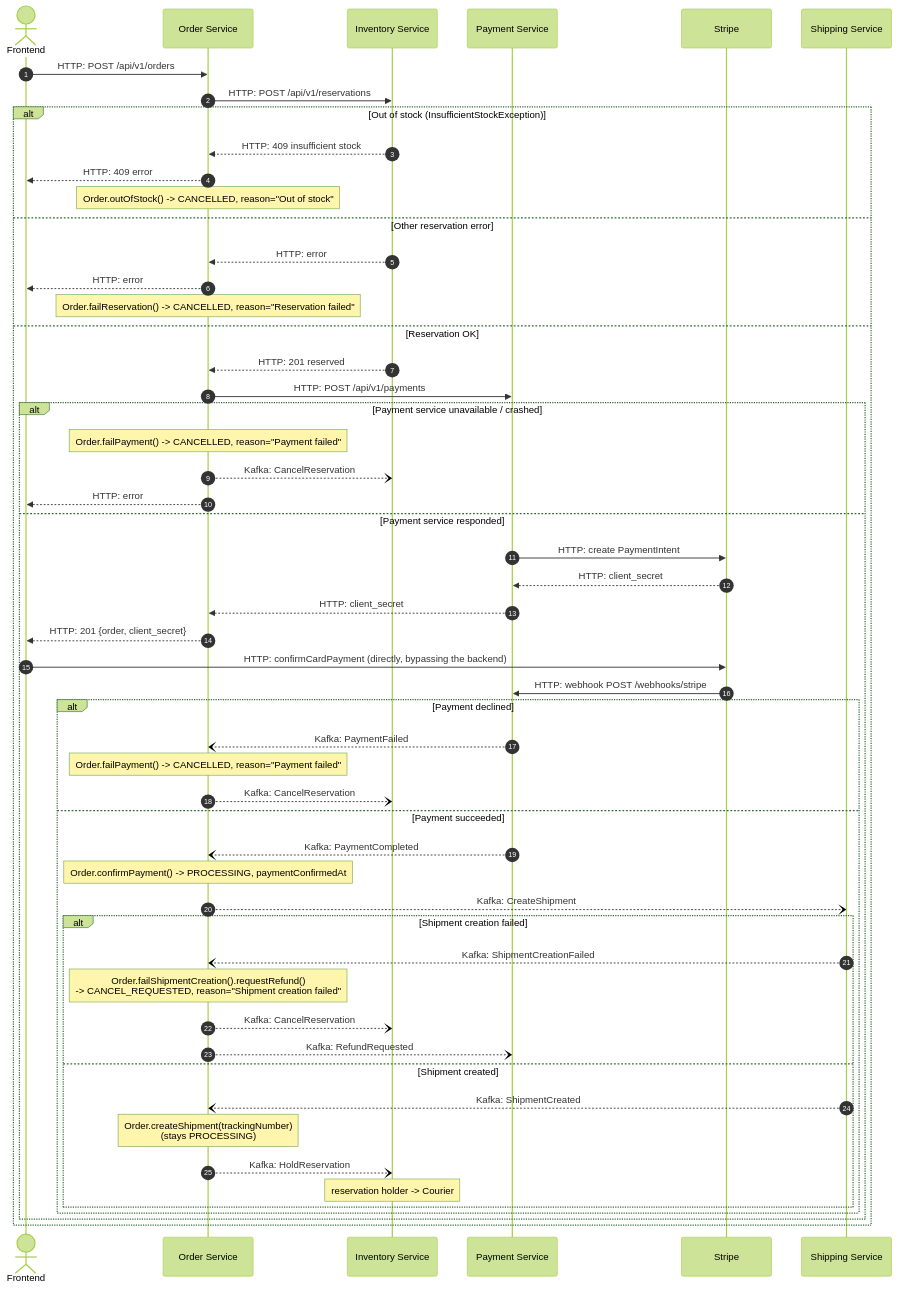
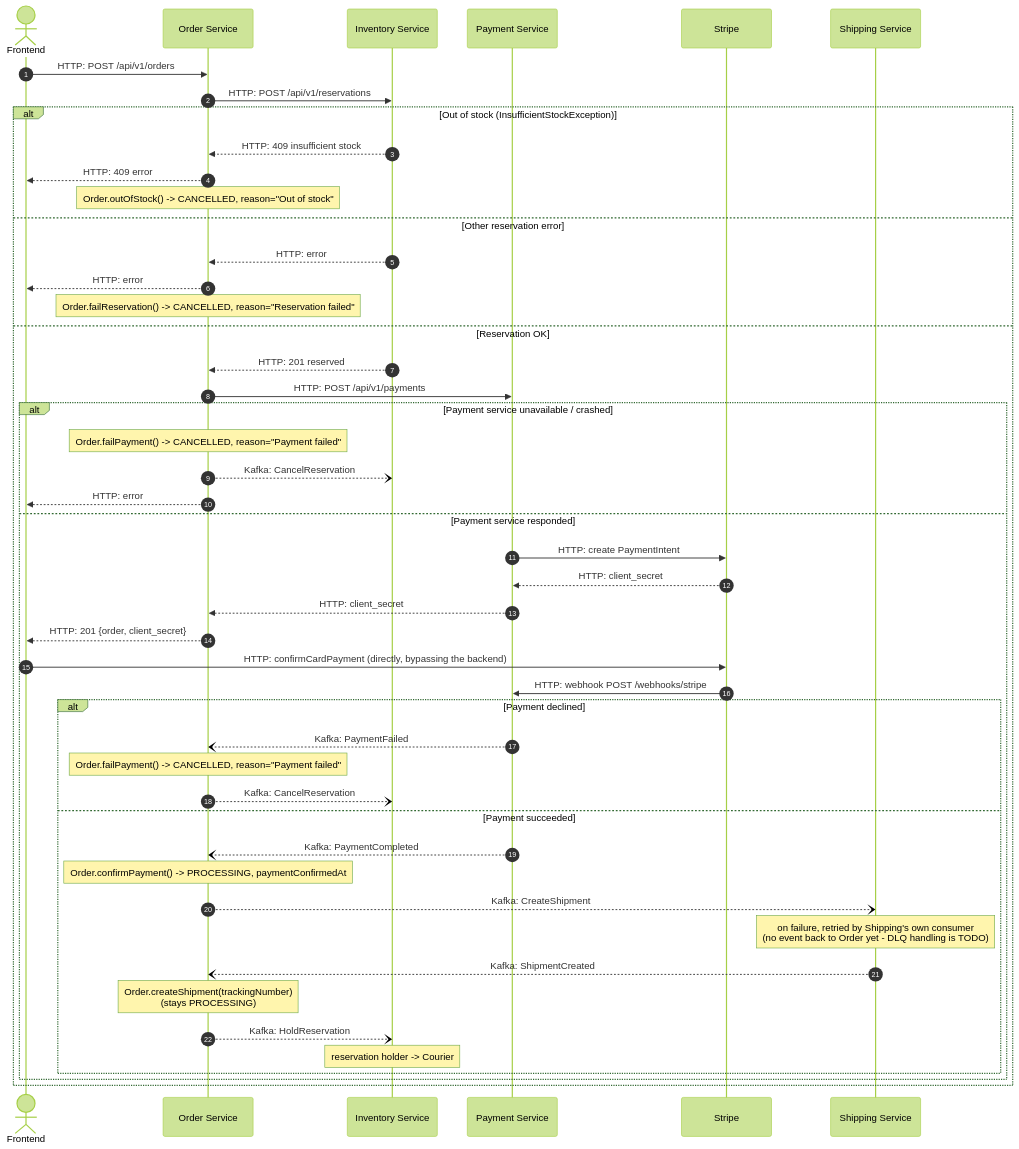
One commit to ihorhartmann/E-commerce-App changed the third of 4 diagrams in docs/order_saga.md. Above: the diagram before and after it, drawn with Mermaid (forest theme). The commit also changed other lines of this file and 18 other files, not shown here.

Commit message:
IHO-61 Event ShippmentCreationFailed was removed

````diff
--- a/docs/order_saga.md
+++ b/docs/order_saga.md
@@ -65,62 +65,56 @@
 ```mermaid
 sequenceDiagram
     autonumber
     actor U as Frontend
     participant O as Order Service
     participant I as Inventory Service
     participant P as Payment Service
     participant S as Stripe
     participant Sh as Shipping Service
 
     U->>O: HTTP: POST /api/v1/orders
     O->>I: HTTP: POST /api/v1/reservations
 
     alt Out of stock (InsufficientStockException)
         I-->>O: HTTP: 409 insufficient stock
         O-->>U: HTTP: 409 error
         Note over O: Order.outOfStock() -> CANCELLED, reason="Out of stock"
     else Other reservation error
         I-->>O: HTTP: error
         O-->>U: HTTP: error
         Note over O: Order.failReservation() -> CANCELLED, reason="Reservation failed"
     else Reservation OK
         I-->>O: HTTP: 201 reserved
         O->>P: HTTP: POST /api/v1/payments
 
         alt Payment service unavailable / crashed
             Note over O: Order.failPayment() -> CANCELLED, reason="Payment failed"
             O--)I: Kafka: CancelReservation
             O-->>U: HTTP: error
         else Payment service responded
             P->>S: HTTP: create PaymentIntent
             S-->>P: HTTP: client_secret
             P-->>O: HTTP: client_secret
             O-->>U: HTTP: 201 {order, client_secret}
 
             U->>S: HTTP: confirmCardPayment (directly, bypassing the backend)
             S->>P: HTTP: webhook POST /webhooks/stripe
 
             alt Payment declined
                 P--)O: Kafka: PaymentFailed
                 Note over O: Order.failPayment() -> CANCELLED, reason="Payment failed"
                 O--)I: Kafka: CancelReservation
             else Payment succeeded
                 P--)O: Kafka: PaymentCompleted
                 Note over O: Order.confirmPayment() -> PROCESSING, paymentConfirmedAt
                 O--)Sh: Kafka: CreateShipment
+                Note over Sh: on failure, retried by Shipping's own consumer<br/>(no event back to Order yet - DLQ handling is TODO)
 
-                alt Shipment creation failed
-                    Sh--)O: Kafka: ShipmentCreationFailed
-                    Note over O: Order.failShipmentCreation().requestRefund()<br/>-> CANCEL_REQUESTED, reason="Shipment creation failed"
-                    O--)I: Kafka: CancelReservation
-                    O--)P: Kafka: RefundRequested
-                else Shipment created
-                    Sh--)O: Kafka: ShipmentCreated
-                    Note over O: Order.createShipment(trackingNumber)<br/>(stays PROCESSING)
-                    O--)I: Kafka: HoldReservation
-                    Note over I: reservation holder -> Courier
-                end
+                Sh--)O: Kafka: ShipmentCreated
+                Note over O: Order.createShipment(trackingNumber)<br/>(stays PROCESSING)
+                O--)I: Kafka: HoldReservation
+                Note over I: reservation holder -> Courier
             end
         end
     end
 ```
````
